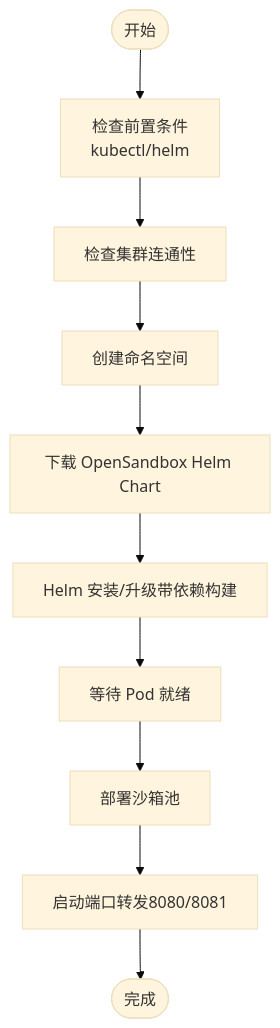
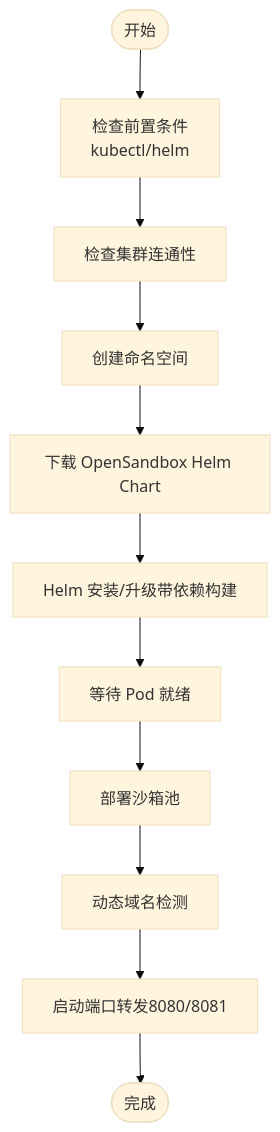
The fifth of 9 diagrams in .qoder/repowiki/zh/content/后端服务详解/设置服务模块.md (RabbitAI-Lab/Sandbox-Manager), drawn with Mermaid (base theme) before and after one commit. The commit also changed other lines of this file and 15 other files, not shown here.

````diff
--- a/.qoder/repowiki/zh/content/后端服务详解/设置服务模块.md
+++ b/.qoder/repowiki/zh/content/后端服务详解/设置服务模块.md
@@ -255,12 +292,13 @@
 ```mermaid
 flowchart TD
 Start(["开始"]) --> Prereq["检查前置条件<br/>kubectl/helm"]
 Prereq --> Cluster["检查集群连通性"]
 Cluster --> Namespaces["创建命名空间"]
 Namespaces --> Clone["下载 OpenSandbox Helm Chart"]
 Clone --> Helm["Helm 安装/升级带依赖构建"]
 Helm --> WaitPods["等待 Pod 就绪"]
 WaitPods --> Pool["部署沙箱池"]
-Pool --> PortForward["启动端口转发8080/8081"]
+Pool --> DomainDetect["动态域名检测"]
+DomainDetect --> PortForward["启动端口转发8080/8081"]
 PortForward --> Done(["完成"])
 ```
````
